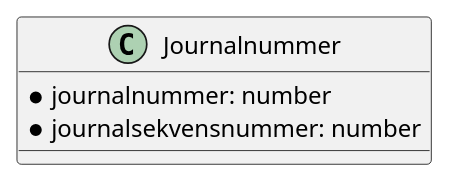
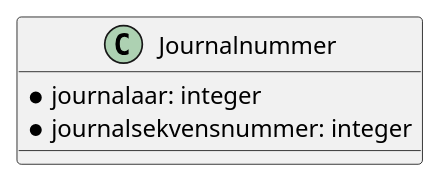
Before and after one commit to ks-no/fiks-saksfaser-specification: the diagram in Dokumentasjon/V1/ClassDiagrams/no.ks.fiks.saksfaser.v1.felles.journalnummer/classdiagram.pu, drawn with PlantUML. The commit also changed 42 other files, not shown here.

```diff
--- a/Dokumentasjon/V1/ClassDiagrams/no.ks.fiks.saksfaser.v1.felles.journalnummer/classdiagram.pu
+++ b/Dokumentasjon/V1/ClassDiagrams/no.ks.fiks.saksfaser.v1.felles.journalnummer/classdiagram.pu
@@ -1,8 +1,8 @@
 @startuml
 
 class Journalnummer {
-    *journalnummer: number
-    *journalsekvensnummer: number
+    *journalaar: integer
+    *journalsekvensnummer: integer
 }
 
 @enduml
```
